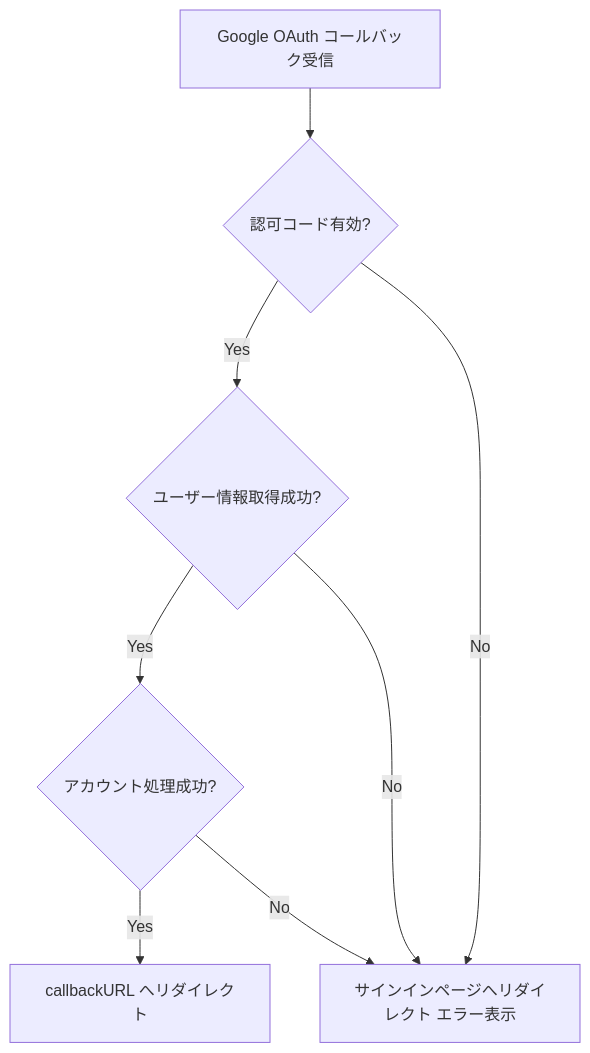
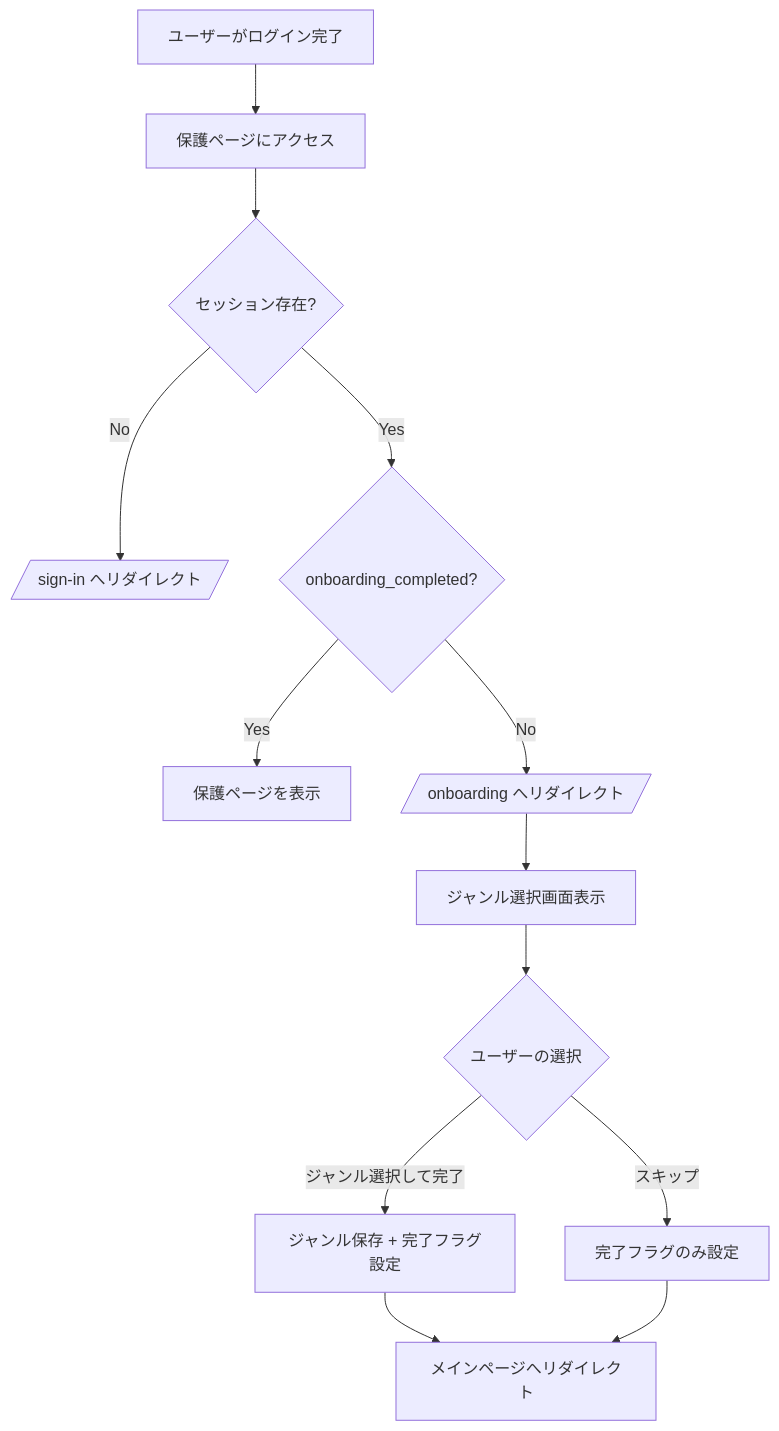
The second of 4 diagrams in .kiro/specs/auth-expansion/design.md (matsunagaDev/betterauth-polar-app), drawn with Mermaid before and after one commit. The commit also changed other lines of this file and 19 other files, not shown here.

First line of the commit message:
feat: add onboarding flow with genre selection

````diff
--- a/.kiro/specs/auth-expansion/design.md
+++ b/.kiro/specs/auth-expansion/design.md
@@ -87,10 +86,15 @@
 ```mermaid
 flowchart TD
-    A[Google OAuth コールバック受信] --> B{認可コード有効?}
-    B -- Yes --> C{ユーザー情報取得成功?}
-    B -- No --> E[サインインページへリダイレクト エラー表示]
-    C -- Yes --> D{アカウント処理成功?}
-    C -- No --> E
-    D -- Yes --> F[callbackURL へリダイレクト]
-    D -- No --> E
+    A[ユーザーがログイン完了] --> B[保護ページにアクセス]
+    B --> C{セッション存在?}
+    C -- No --> D[/sign-in へリダイレクト/]
+    C -- Yes --> E{onboarding_completed?}
+    E -- Yes --> F[保護ページを表示]
+    E -- No --> G[/onboarding へリダイレクト/]
+    G --> H[ジャンル選択画面表示]
+    H --> I{ユーザーの選択}
+    I -->|ジャンル選択して完了| J[ジャンル保存 + 完了フラグ設定]
+    I -->|スキップ| K[完了フラグのみ設定]
+    J --> L[メインページへリダイレクト]
+    K --> L
 ```
````
